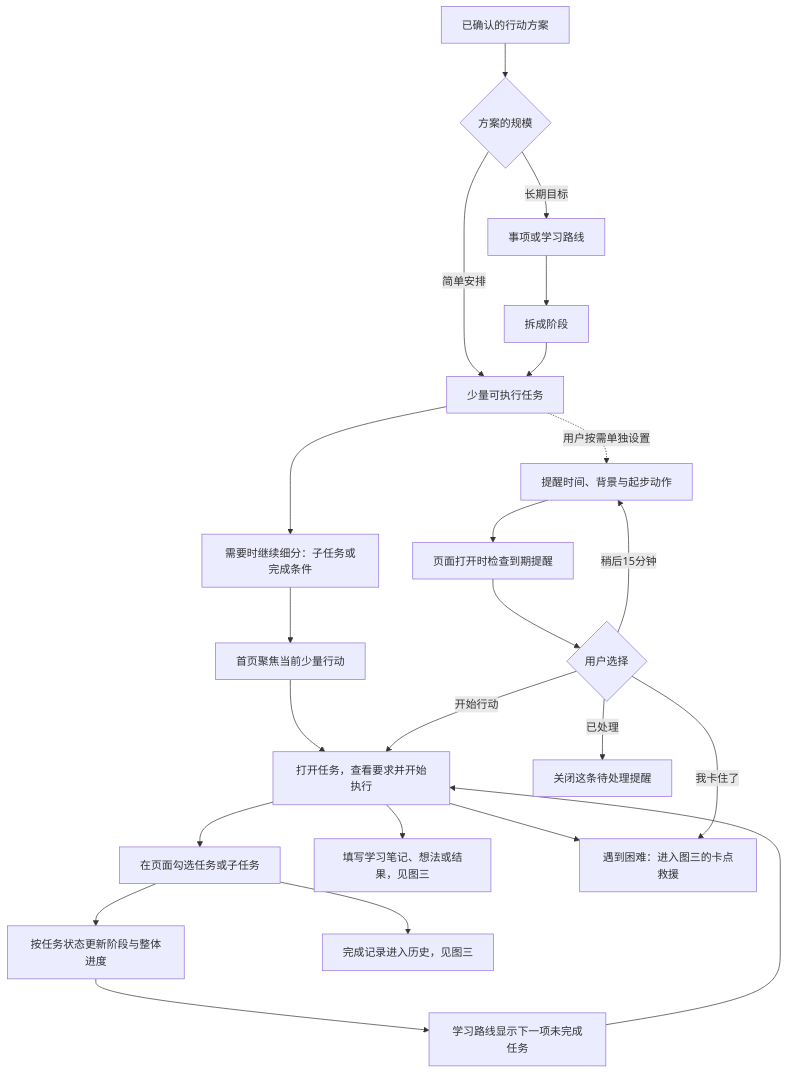
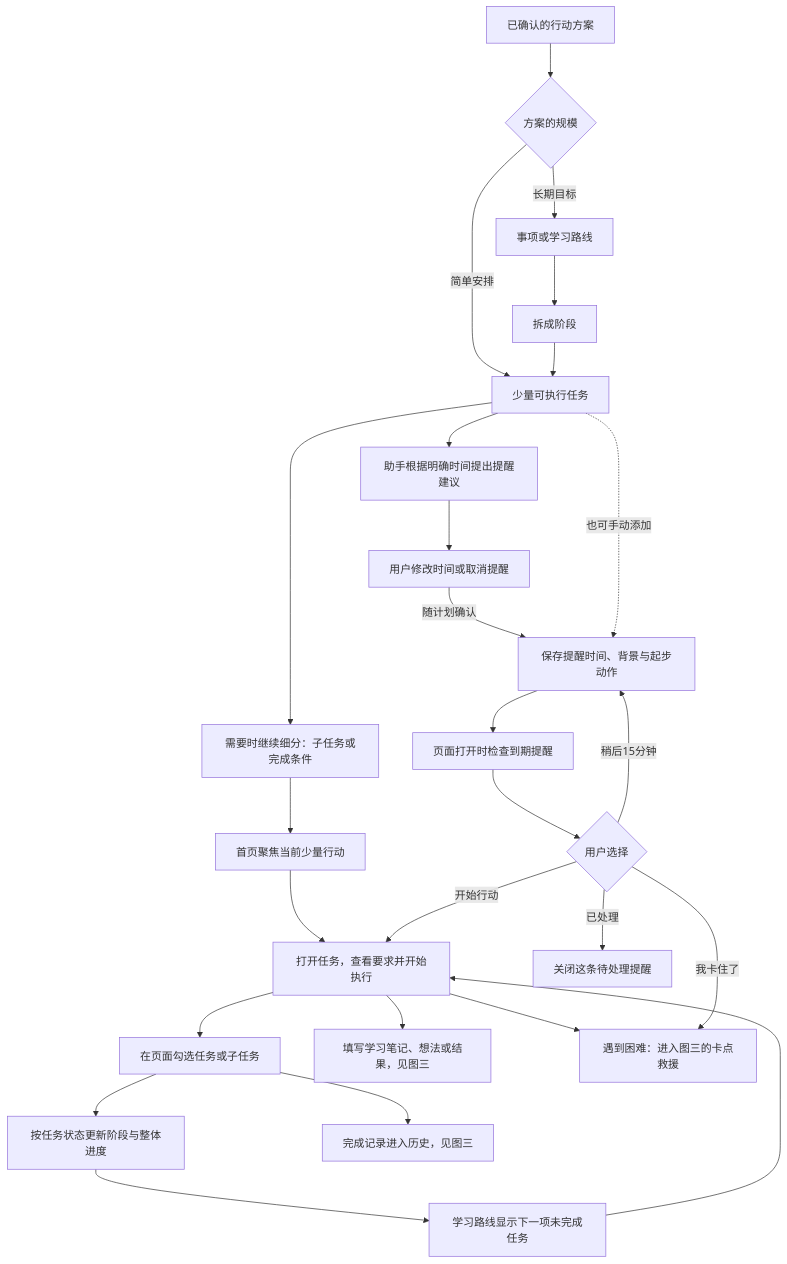
One commit to tangx2872-svg/life-dashboard-agent changed the second of 3 diagrams in docs/知行-Life-Agent-路演说明.md. Above: the diagram before and after it, drawn with Mermaid. The commit also changed other lines of this file and 6 other files, not shown here.

````diff
--- a/docs/知行-Life-Agent-路演说明.md
+++ b/docs/知行-Life-Agent-路演说明.md
@@ -53,25 +53,28 @@
 ```mermaid
 flowchart TD
  A[已确认的行动方案] --> B{方案的规模}
  B -->|简单安排| C[少量可执行任务]
  B -->|长期目标| D[事项或学习路线]
  D --> E[拆成阶段]
  E --> C
  C --> F[需要时继续细分：子任务或完成条件]
  F --> G[首页聚焦当前少量行动]
  G --> H[打开任务，查看要求并开始执行]
  H --> I[在页面勾选任务或子任务]
  I --> J[按任务状态更新阶段与整体进度]
  J --> K[学习路线显示下一项未完成任务]
  K --> H
  I --> L[完成记录进入历史，见图三]
  H --> M[填写学习笔记、想法或结果，见图三]
  H --> N[遇到困难：进入图三的卡点救援]
- C -.->|用户按需单独设置| R[提醒时间、背景与起步动作]
+ C --> R0[助手根据明确时间提出提醒建议]
+ R0 --> R1[用户修改时间或取消提醒]
+ R1 -->|随计划确认| R[保存提醒时间、背景与起步动作]
+ C -.->|也可手动添加| R
  R --> S[页面打开时检查到期提醒]
  S --> T{用户选择}
  T -->|开始行动| H
  T -->|稍后15分钟| R
  T -->|已处理| U[关闭这条待处理提醒]
  T -->|我卡住了| N
 ```
````
